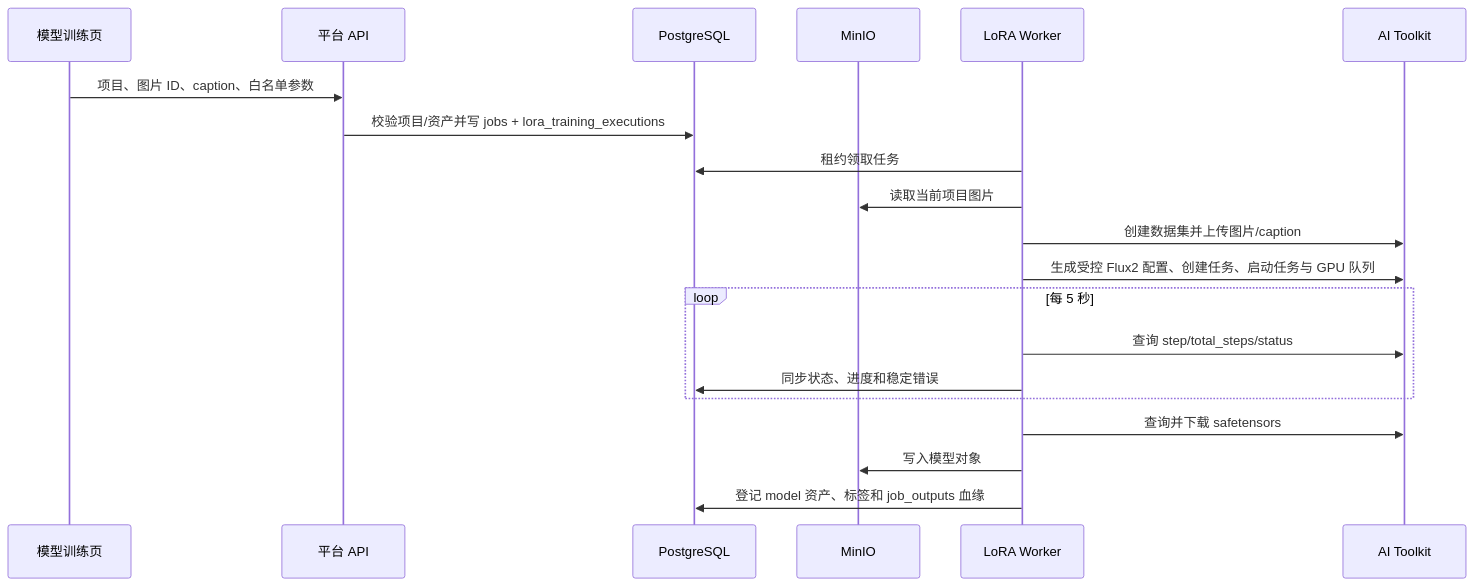
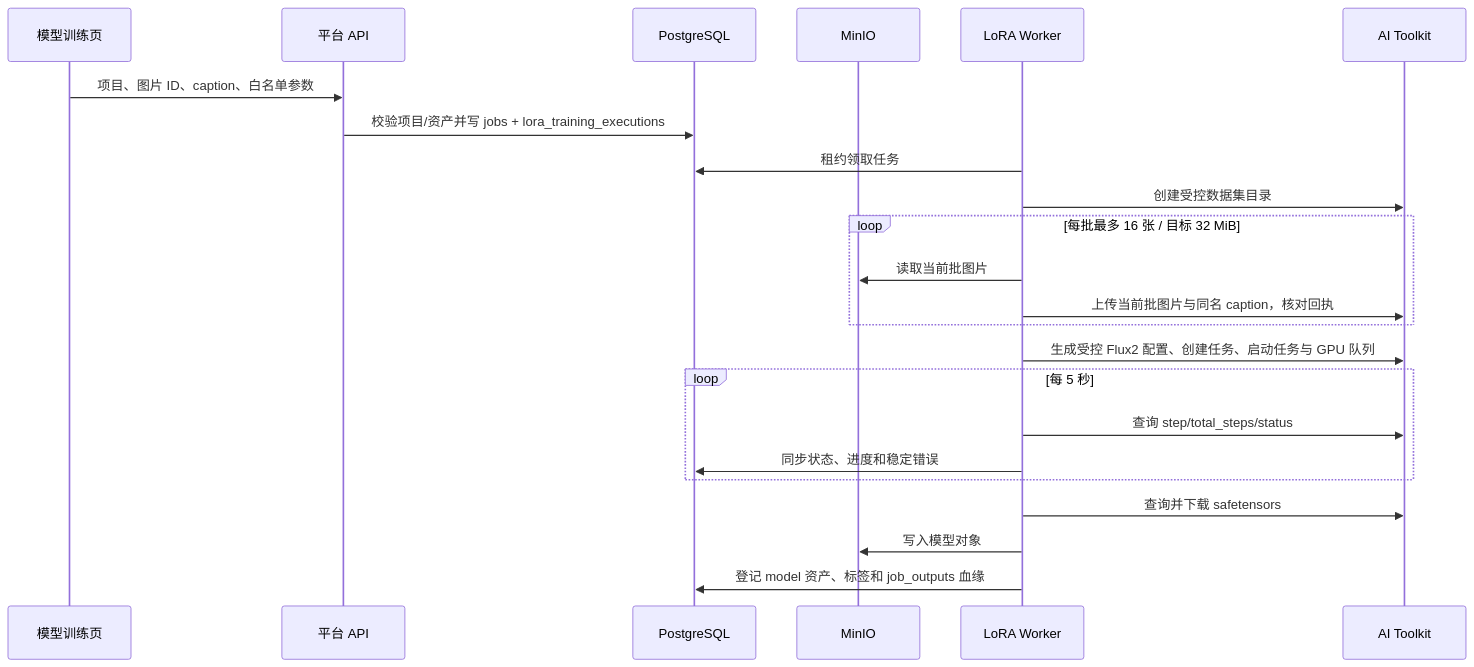
One commit to hywchina/vue-vben-admin changed the ninth of 12 diagrams in docs/rail-platform/ARCHITECTURE.md. Above: the diagram before and after it, drawn with Mermaid. The commit also changed other lines of this file and 238 other files, not shown here.

````diff
--- a/docs/rail-platform/ARCHITECTURE.md
+++ b/docs/rail-platform/ARCHITECTURE.md
@@ -457,22 +469,25 @@
 ```mermaid
 sequenceDiagram
   participant W as 模型训练页
   participant A as 平台 API
   participant D as PostgreSQL
   participant S as MinIO
   participant K as LoRA Worker
   participant T as AI Toolkit
   W->>A: 项目、图片 ID、caption、白名单参数
   A->>D: 校验项目/资产并写 jobs + lora_training_executions
   K->>D: 租约领取任务
-  K->>S: 读取当前项目图片
-  K->>T: 创建数据集并上传图片/caption
+  K->>T: 创建受控数据集目录
+  loop 每批最多 16 张 / 目标 32 MiB
+    K->>S: 读取当前批图片
+    K->>T: 上传当前批图片与同名 caption，核对回执
+  end
   K->>T: 生成受控 Flux2 配置、创建任务、启动任务与 GPU 队列
   loop 每 5 秒
     K->>T: 查询 step/total_steps/status
     K->>D: 同步状态、进度和稳定错误
   end
   K->>T: 查询并下载 safetensors
   K->>S: 写入模型对象
   K->>D: 登记 model 资产、标签和 job_outputs 血缘
 ```
````
